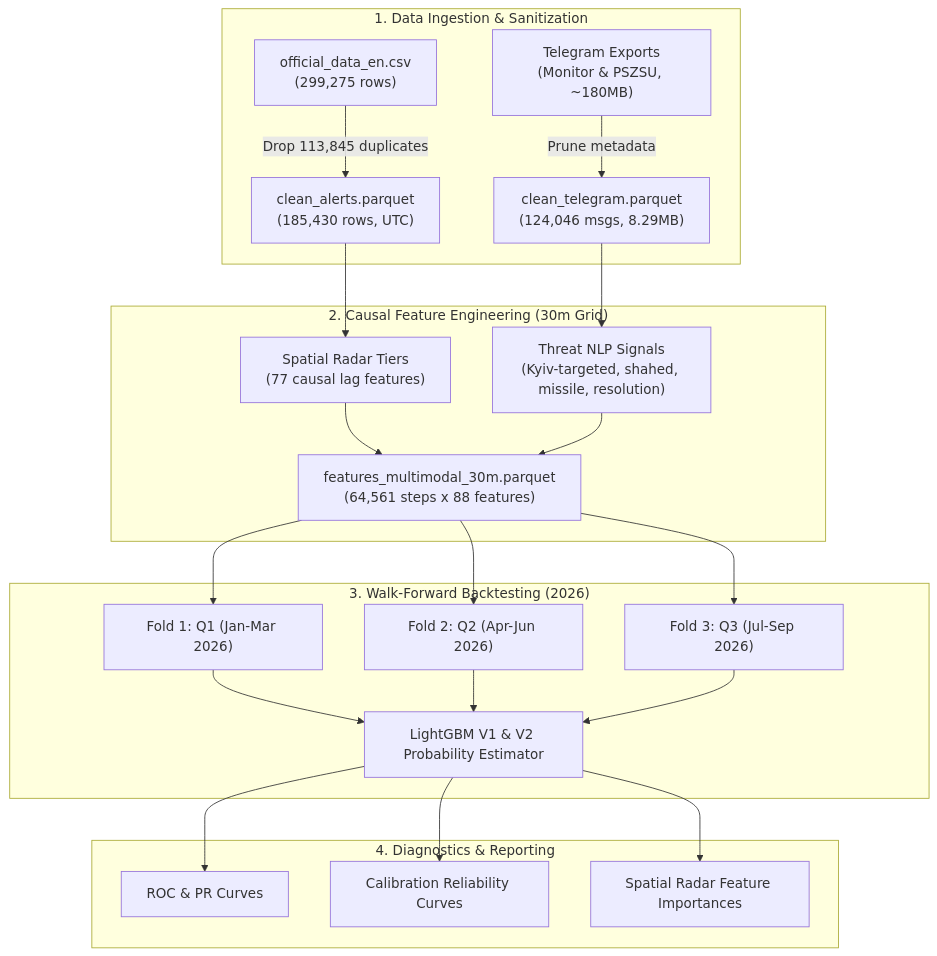
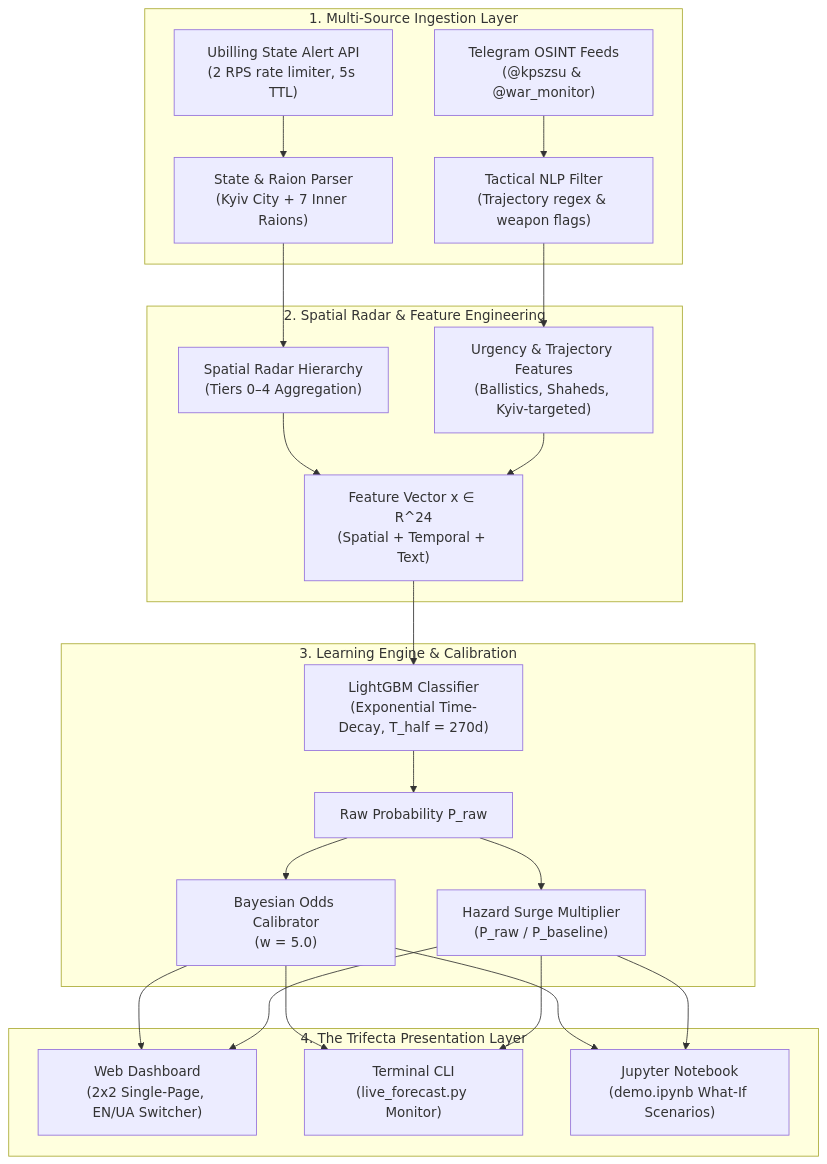
One commit to vkatsel/sirencast-ua changed the diagram in README.md. Above: the diagram before and after it, drawn with Mermaid. The commit also changed other lines of this file and 1 other file, not shown here.

Commit message:
docs: update README with updated architecture diagram, spatial hierarchy, time-decay, and dual metrics

````diff
--- a/README.md
+++ b/README.md
@@ -32,26 +33,26 @@
 ```mermaid
 flowchart TD
-    subgraph Data["1. Data Ingestion & Sanitization"]
-        A1["official_data_en.csv<br/>(299,275 rows)"] -->|Drop 113,845 duplicates| A2["clean_alerts.parquet<br/>(185,430 rows, UTC)"]
-        B1["Telegram Exports<br/>(Monitor & PSZSU, ~180MB)"] -->|Prune metadata| B2["clean_telegram.parquet<br/>(124,046 msgs, 8.29MB)"]
+    subgraph Data["1. Multi-Source Ingestion Layer"]
+        A1["Ubilling State Alert API<br/>(2 RPS rate limiter, 5s TTL)"] --> A2["State & Raion Parser<br/>(Kyiv City + 7 Inner Raions)"]
+        B1["Telegram OSINT Feeds<br/>(@kpszsu & @war_monitor)"] --> B2["Tactical NLP Filter<br/>(Trajectory regex & weapon flags)"]
     end
 
-    subgraph Grid["2. Causal Feature Engineering (30m Grid)"]
-        A2 --> C1["Spatial Radar Tiers<br/>(77 causal lag features)"]
-        B2 --> C2["Threat NLP Signals<br/>(Kyiv-targeted, shahed, missile, resolution)"]
-        C1 & C2 --> D["features_multimodal_30m.parquet<br/>(64,561 steps x 88 features)"]
+    subgraph Grid["2. Spatial Radar & Feature Engineering"]
+        A2 --> C1["Spatial Radar Hierarchy<br/>(Tiers 0–4 Aggregation)"]
+        B2 --> C2["Urgency & Trajectory Features<br/>(Ballistics, Shaheds, Kyiv-targeted)"]
+        C1 & C2 --> D["Feature Vector x ∈ R^24<br/>(Spatial + Temporal + Text)"]
     end
 
-    subgraph Models["3. Walk-Forward Backtesting (2026)"]
-        D --> E1["Fold 1: Q1 (Jan-Mar 2026)"]
-        D --> E2["Fold 2: Q2 (Apr-Jun 2026)"]
-        D --> E3["Fold 3: Q3 (Jul-Sep 2026)"]
-        E1 & E2 & E3 --> F["LightGBM V1 & V2 Probability Estimator"]
+    subgraph Engine["3. Learning Engine & Calibration"]
+        D --> E["LightGBM Classifier<br/>(Exponential Time-Decay, T_half = 270d)"]
+        E --> F1["Raw Probability P_raw"]
+        F1 --> F2["Bayesian Odds Calibrator<br/>(w = 5.0)"]
+        F1 --> F3["Hazard Surge Multiplier<br/>(P_raw / P_baseline)"]
     end
 
-    subgraph Evaluation["4. Diagnostics & Reporting"]
-        F --> G1["ROC & PR Curves"]
-        F --> G2["Calibration Reliability Curves"]
-        F --> G3["Spatial Radar Feature Importances"]
+    subgraph Presentation["4. The Trifecta Presentation Layer"]
+        F2 & F3 --> G1["Web Dashboard<br/>(2x2 Single-Page, EN/UA Switcher)"]
+        F2 & F3 --> G2["Terminal CLI<br/>(live_forecast.py Monitor)"]
+        F2 & F3 --> G3["Jupyter Notebook<br/>(demo.ipynb What-If Scenarios)"]
     end
 ```
````
